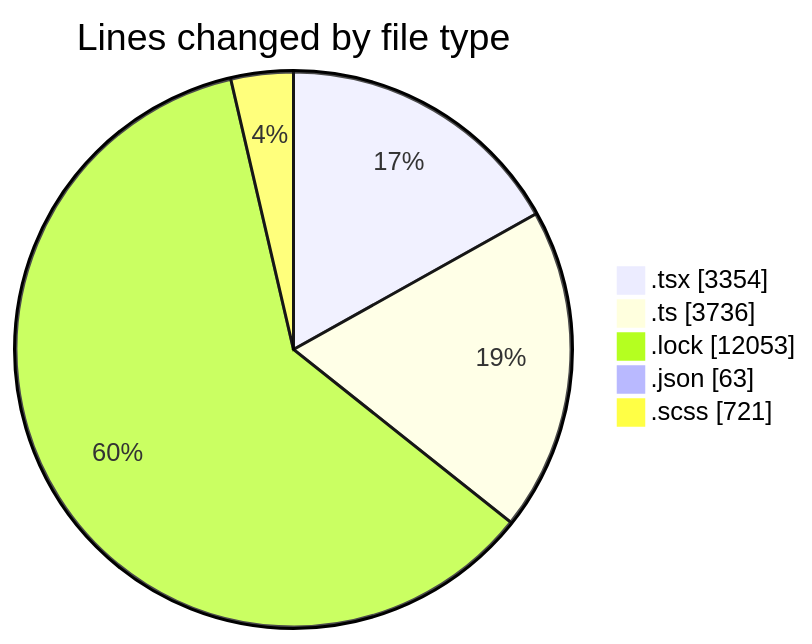
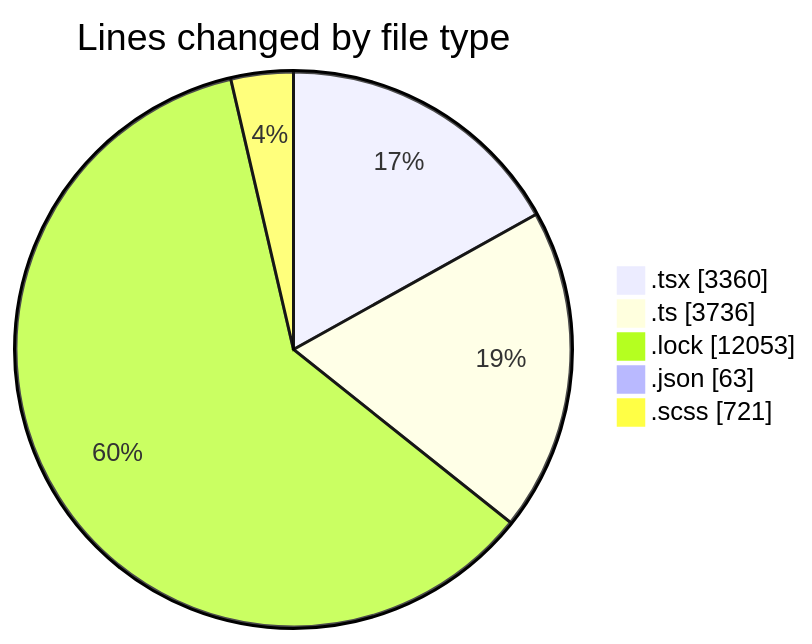
Before and after one commit to momahboobian/code-tracking: the first of 2 diagrams in 2025-12-03/cda/README.md, drawn with Mermaid. The commit also changed other lines of this file and 1 other file, not shown here.

````diff
--- a/2025-12-03/cda/README.md
+++ b/2025-12-03/cda/README.md
@@ -32,9 +32,9 @@
 ```mermaid
 pie showData
 title Lines changed by file type
-".tsx" : 3354
+".tsx" : 3360
 ".ts" : 3736
 ".lock" : 12053
 ".json" : 63
 ".scss" : 721
 ```
````
